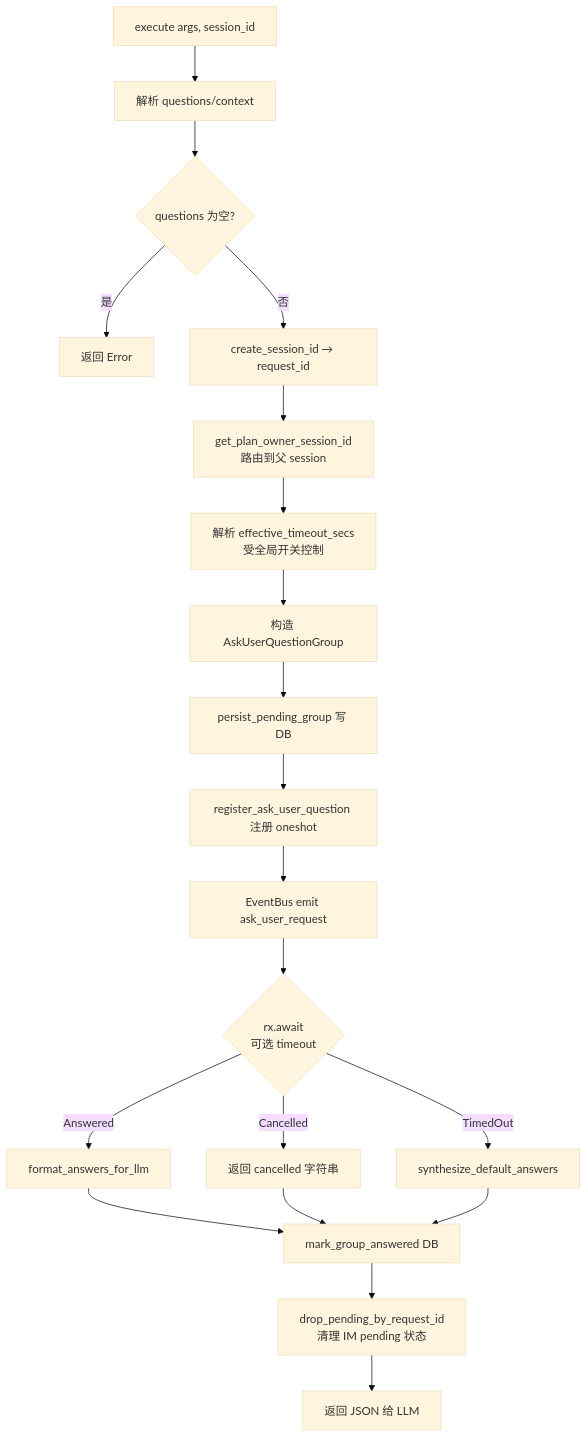
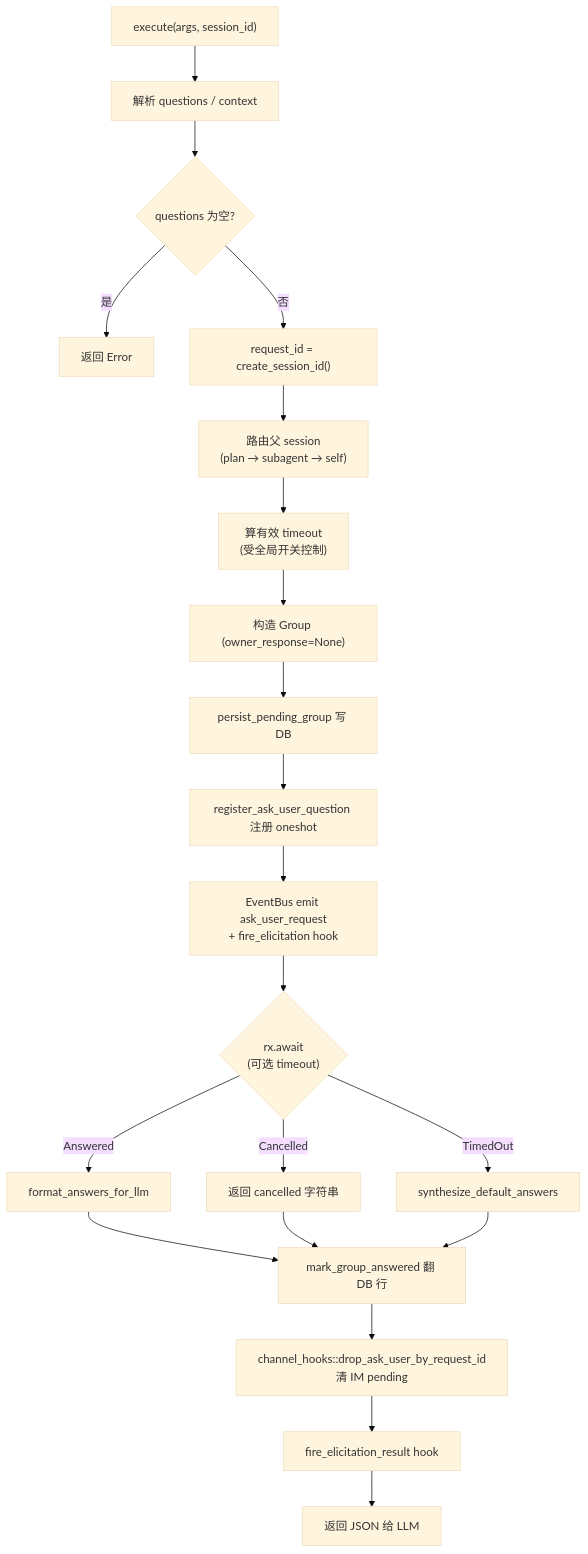
Before and after one commit to shiwenwen/hope-agent: the second of 3 diagrams in docs/architecture/ask-user.md, drawn with Mermaid (base theme). The commit also changed other lines of this file and 7 other files, not shown here.

First line of the commit message:
🦭docs: 补齐 8 篇漏掉的中型文档（ask-user/chat-engine/design-space/lsp/permission-system/recap/self-update/session）

````diff
--- a/docs/architecture/ask-user.md
+++ b/docs/architecture/ask-user.md
@@ -218,22 +211,23 @@
 ```mermaid
 flowchart TD
-    A[execute args, session_id] --> B[解析 questions/context]
-    B --> C{questions 为空?}
-    C -->|是| D[返回 Error]
-    C -->|否| E[create_session_id → request_id]
-    E --> F[get_plan_owner_session_id<br/>路由到父 session]
-    F --> G[解析 effective_timeout_secs<br/>受全局开关控制]
-    G --> H[构造 AskUserQuestionGroup]
-    H --> I[persist_pending_group 写 DB]
-    I --> J[register_ask_user_question 注册 oneshot]
-    J --> K[EventBus emit ask_user_request]
-    K --> L{rx.await<br/>可选 timeout}
-    L -->|Answered| M[format_answers_for_llm]
-    L -->|Cancelled| N[返回 cancelled 字符串]
-    L -->|TimedOut| O[synthesize_default_answers]
-    M --> P[mark_group_answered DB]
+    A["execute(args, session_id)"] --> B["解析 questions / context"]
+    B --> C{"questions 为空?"}
+    C -->|是| D["返回 Error"]
+    C -->|否| E["request_id = create_session_id()"]
+    E --> F["路由父 session<br/>(plan → subagent → self)"]
+    F --> G["算有效 timeout<br/>(受全局开关控制)"]
+    G --> H["构造 Group (owner_response=None)"]
+    H --> I["persist_pending_group 写 DB"]
+    I --> J["register_ask_user_question 注册 oneshot"]
+    J --> K["EventBus emit ask_user_request<br/>+ fire_elicitation hook"]
+    K --> L{"rx.await<br/>(可选 timeout)"}
+    L -->|Answered| M["format_answers_for_llm"]
+    L -->|Cancelled| N["返回 cancelled 字符串"]
+    L -->|TimedOut| O["synthesize_default_answers"]
+    M --> P["mark_group_answered 翻 DB 行"]
     N --> P
     O --> P
-    P --> Q[drop_pending_by_request_id<br/>清理 IM pending 状态]
-    Q --> R[返回 JSON 给 LLM]
+    P --> Q["channel_hooks::drop_ask_user_by_request_id<br/>清 IM pending"]
+    Q --> R["fire_elicitation_result hook"]
+    R --> S["返回 JSON 给 LLM"]
 ```
````
